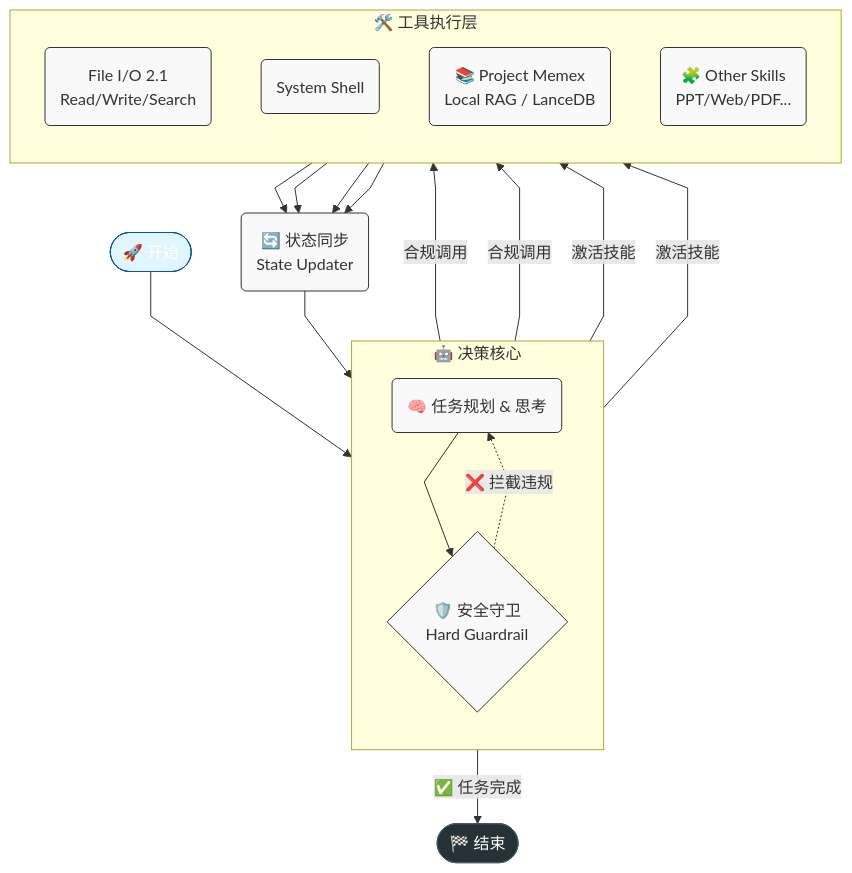
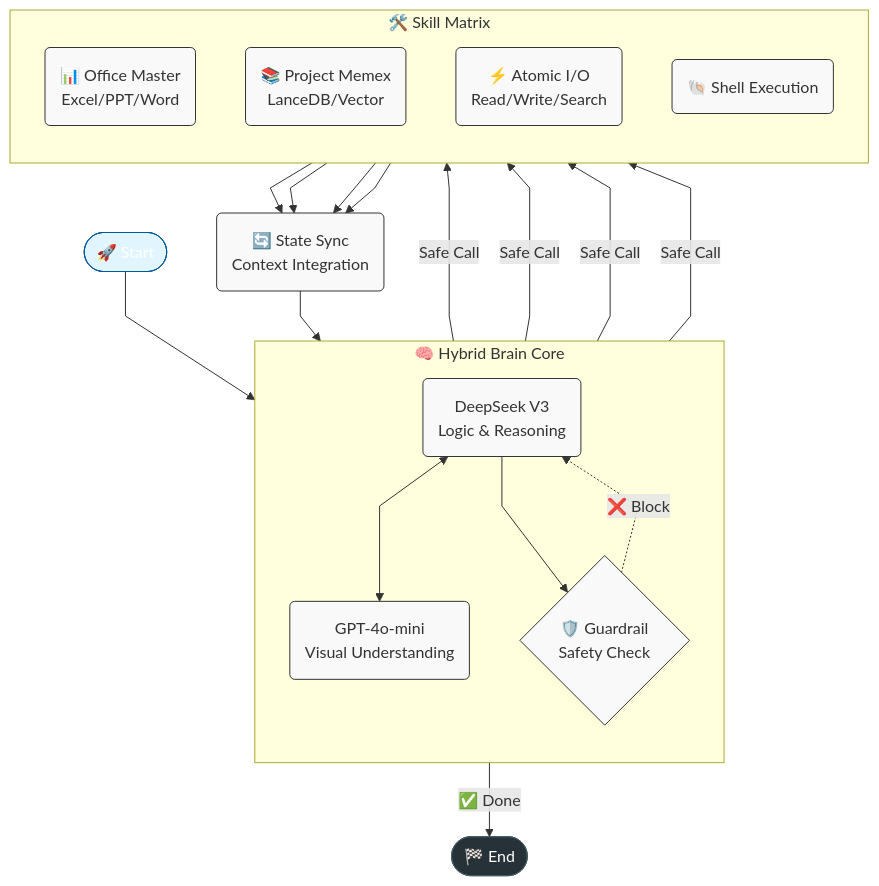
The diagram in README.md (ningkegithub/zx-cli), drawn with Mermaid before and after one commit. The commit also changed other lines of this file and 19 other files, not shown here.

First line of the commit message:
feat(multimodal): add excel_master skill, vision support via gpt-4o-mini, and full E2E tests

````diff
--- a/README.md
+++ b/README.md
@@ -47,48 +44,51 @@
 ```mermaid
 ---
 config:
   flowchart:
     curve: linear
 ---
 graph TD;
-    __start__([🚀 开始]):::first
+    __start__([🚀 Start]):::first
     
-    subgraph Agent_Core [🤖 决策核心]
+    subgraph Brain_Core [🧠 Hybrid Brain Core]
         direction TB
-        Planning(🧠 任务规划 & 思考)
-        Guardrail{🛡️ 安全守卫<br/>Hard Guardrail}
-        Planning --> Guardrail
+        DeepSeek(DeepSeek V3<br/>Logic & Reasoning)
+        Vision(GPT-4o-mini<br/>Visual Understanding)
+        Guardrail{🛡️ Guardrail<br/>Safety Check}
+        
+        DeepSeek <--> Vision
+        DeepSeek --> Guardrail
     end
     
-    subgraph Tool_Layer [🛠️ 工具执行层]
+    subgraph Skill_Layer [🛠️ Skill Matrix]
         direction TB
-        AtomicTools(File I/O 2.1<br/>Read/Write/Search)
-        Shell(System Shell)
-        Skill_RAG(📚 Project Memex<br/>Local RAG / LanceDB)
-        Skill_Other(🧩 Other Skills<br/>PPT/Web/PDF...)
+        Office_Master(📊 Office Master<br/>Excel/PPT/Word)
+        Memex_RAG(📚 Project Memex<br/>LanceDB/Vector)
+        Atomic_IO(⚡ Atomic I/O<br/>Read/Write/Search)
+        Shell_Exec(🐚 Shell Execution)
     end
 
-    skill_state_updater(🔄 状态同步<br/>State Updater)
-    __end__([🏁 结束]):::last
+    State_Sync(🔄 State Sync<br/>Context Integration)
+    __end__([🏁 End]):::last
 
-    __start__ --> Agent_Core
+    __start__ --> DeepSeek
     
-    Guardrail -->|合规调用| AtomicTools
-    Guardrail -->|合规调用| Shell
-    Guardrail -->|激活技能| Skill_RAG
-    Guardrail -->|激活技能| Skill_Other
+    Guardrail -->|Safe Call| Office_Master
+    Guardrail -->|Safe Call| Memex_RAG
+    Guardrail -->|Safe Call| Atomic_IO
+    Guardrail -->|Safe Call| Shell_Exec
     
-    Guardrail -.->|❌ 拦截违规| Planning
-    Guardrail -->|✅ 任务完成| __end__
+    Guardrail -.->|❌ Block| DeepSeek
+    Guardrail -->|✅ Done| __end__
     
-    AtomicTools --> skill_state_updater
-    Shell --> skill_state_updater
-    Skill_RAG --> skill_state_updater
-    Skill_Other --> skill_state_updater
+    Office_Master --> State_Sync
+    Memex_RAG --> State_Sync
+    Atomic_IO --> State_Sync
+    Shell_Exec --> State_Sync
     
-    skill_state_updater --> Agent_Core
+    State_Sync --> DeepSeek
 
     classDef default fill:#f9f9f9,stroke:#333,stroke-width:1px;
     classDef first fill:#e1f5fe,stroke:#01579b,color:white;
     classDef last fill:#263238,stroke:#455a64,color:white;
 ```
````
